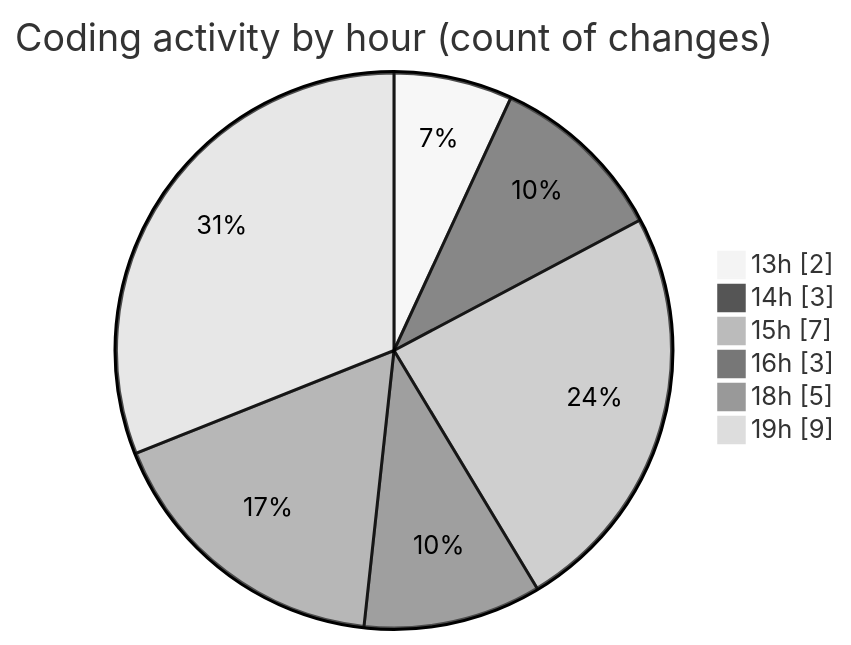
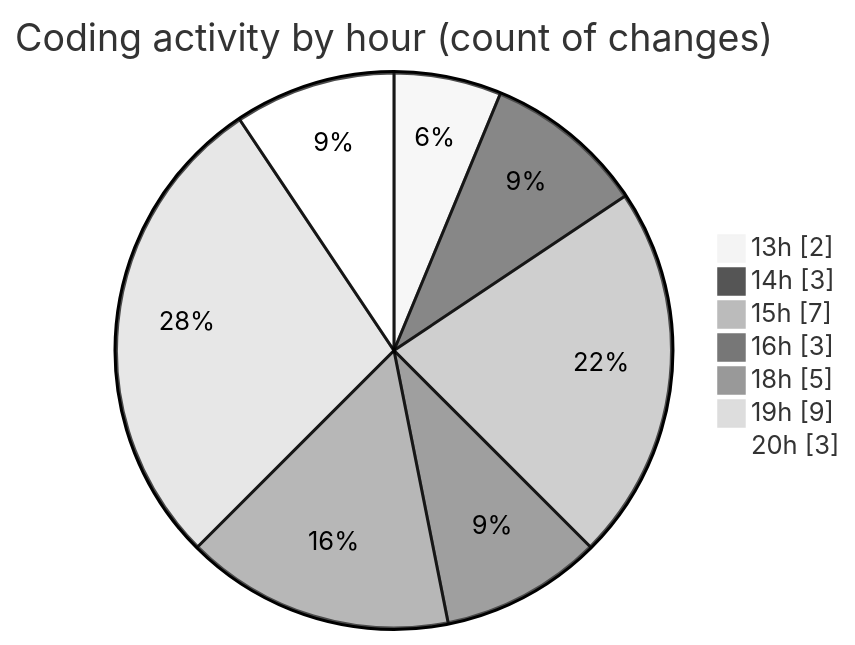
Before and after one commit to julien-gomy/code-tracking: the second of 2 diagrams in 2025-11-14/cdp_aleoudev_fr__workspace_/README.md, drawn with Mermaid (neutral theme). The commit also changed other lines of this file and 1 other file, not shown here.

````diff
--- a/2025-11-14/cdp_aleoudev_fr__workspace_/README.md
+++ b/2025-11-14/cdp_aleoudev_fr__workspace_/README.md
@@ -41,10 +41,11 @@
 ```mermaid
 pie showData
 title Coding activity by hour (count of changes)
 "13h" : 2
 "14h" : 3
 "15h" : 7
 "16h" : 3
 "18h" : 5
 "19h" : 9
+"20h" : 3
 ```
````
